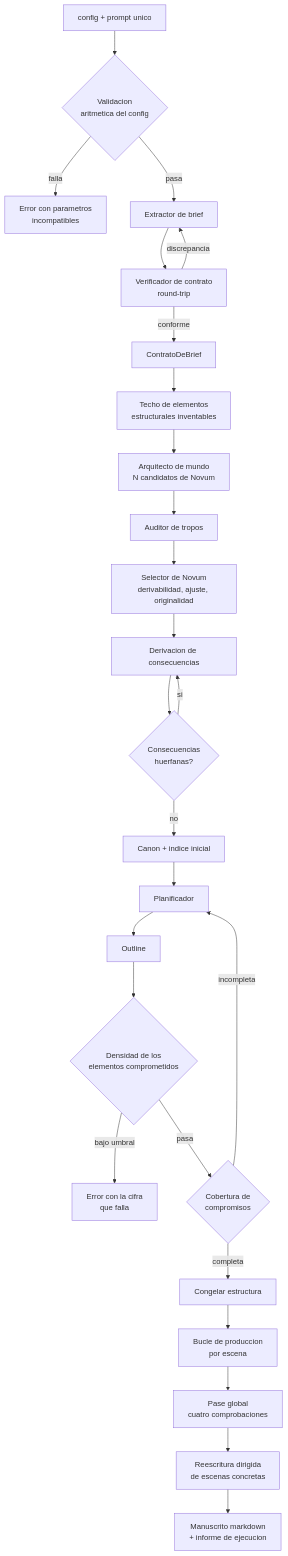
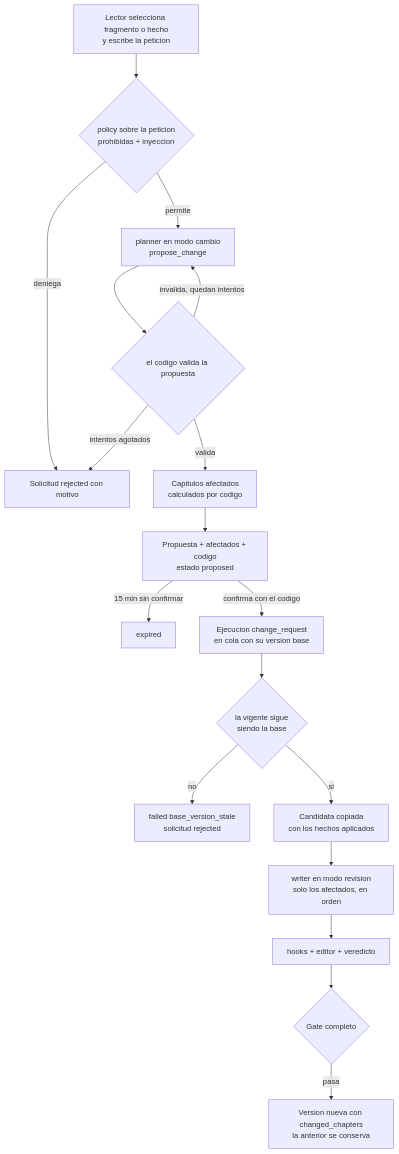
One commit to JNico-rb/story-maker changed the sixth of 10 diagrams in docs/architecture.md. Above: the diagram before and after it, drawn with Mermaid. The commit also changed other lines of this file and 91 other files, not shown here.

````diff
--- a/docs/architecture.md
+++ b/docs/architecture.md
@@ -564,32 +582,20 @@
 ```mermaid
 graph TD
-    IN[config + prompt unico] --> VAL{Validacion<br/>aritmetica del config}
-    VAL -->|falla| ERR1[Error con parametros<br/>incompatibles]
-    VAL -->|pasa| EXB[Extractor de brief]
-
-    EXB --> VC[Verificador de contrato<br/>round-trip]
-    VC -->|discrepancia| EXB
-    VC -->|conforme| CB[ContratoDeBrief]
-
-    CB --> TECH[Techo de elementos<br/>estructurales inventables]
-    TECH --> AM[Arquitecto de mundo<br/>N candidatos de Novum]
-    AM --> AT1[Auditor de tropos]
-    AT1 --> SEL[Selector de Novum<br/>derivabilidad, ajuste, originalidad]
-    SEL --> DC[Derivacion de consecuencias]
-    DC --> VG{Consecuencias<br/>huerfanas?}
-    VG -->|si| DC
-    VG -->|no| CAN[Canon + indice inicial]
-
-    CAN --> PLA[Planificador]
-    PLA --> OUT[Outline]
-    OUT --> DEN{Densidad de los<br/>elementos comprometidos}
-    DEN -->|bajo umbral| ERR2[Error con la cifra<br/>que falla]
-    DEN -->|pasa| COB{Cobertura de<br/>compromisos}
-    COB -->|incompleta| PLA
-    COB -->|completa| CONG[Congelar estructura]
-
-    CONG --> LOOP[Bucle de produccion<br/>por escena]
-    LOOP --> PG[Pase global<br/>cuatro comprobaciones]
-    PG --> REE[Reescritura dirigida<br/>de escenas concretas]
-    REE --> FIN[Manuscrito markdown<br/>+ informe de ejecucion]
+    SEL[Lector selecciona fragmento o hecho<br/>y escribe la peticion] --> POL{policy sobre la peticion<br/>prohibidas + inyeccion}
+    POL -->|deniega| REJ[Solicitud rejected con motivo]
+    POL -->|permite| PLA[planner en modo cambio<br/>propose_change]
+    PLA --> VAL{el codigo valida la propuesta}
+    VAL -->|invalida, quedan intentos| PLA
+    VAL -->|intentos agotados| REJ
+    VAL -->|valida| AFE[Capitulos afectados<br/>calculados por codigo]
+    AFE --> PRO[Propuesta + afectados + codigo<br/>estado proposed]
+    PRO -->|15 min sin confirmar| EXP[expired]
+    PRO -->|confirma con el codigo| COLA[Ejecucion change_request<br/>en cola con su version base]
+    COLA --> REV{la vigente sigue<br/>siendo la base}
+    REV -->|no| STA[failed base_version_stale<br/>solicitud rejected]
+    REV -->|si| CAN[Candidata copiada<br/>con los hechos aplicados]
+    CAN --> REW[writer en modo revision<br/>solo los afectados, en orden]
+    REW --> HK[hooks + editor + veredicto]
+    HK --> GATE{Gate completo}
+    GATE -->|pasa| NV[Version nueva con changed_chapters<br/>la anterior se conserva]
 ```
````
